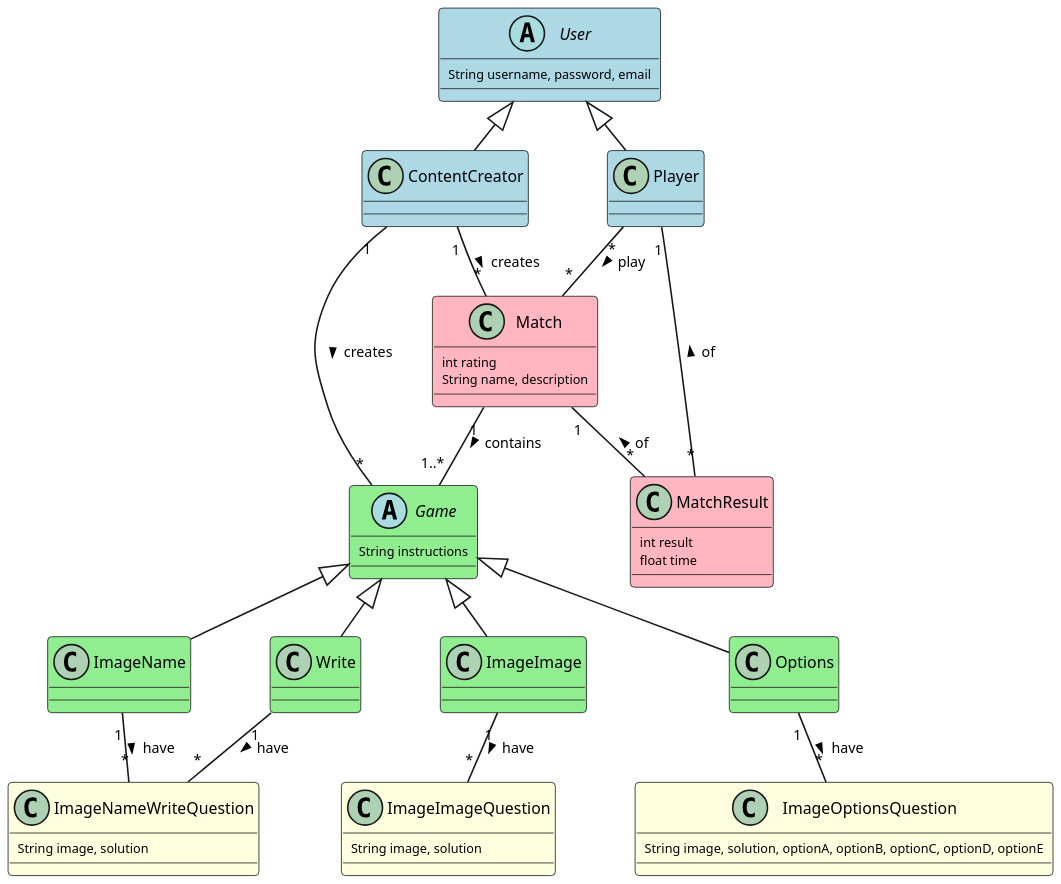
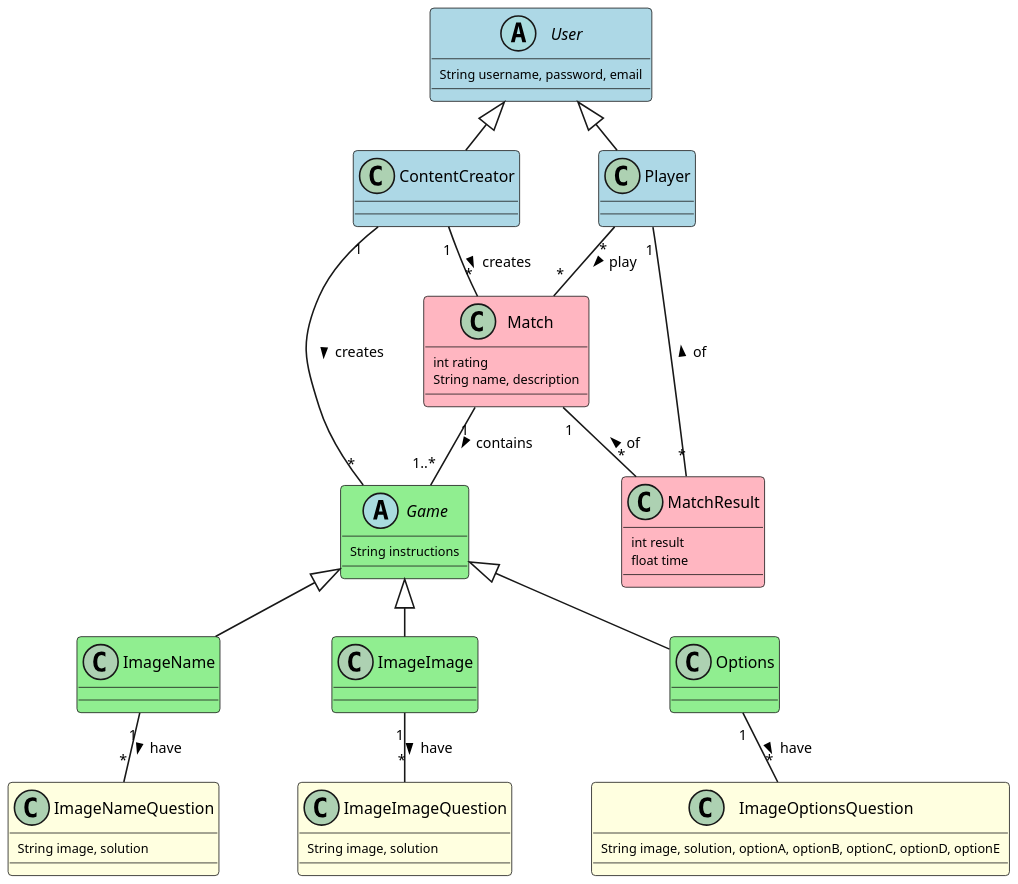
Before and after one commit to UdL-EPS-SoftArch/GeoLearning-API: the diagram in diagram.puml, drawn with PlantUML.

Commit message:
Updated diagram.puml deleted Write Entity. Refactor ImageNameWriteQuestion

```diff
--- a/diagram.puml
+++ b/diagram.puml
@@ -1,81 +1,77 @@
 @startuml
 skinparam dpi 200
 skinparam classAttributeFontSize 8
 skinparam classArrowFontSize 9
 skinparam classFontSize 10
 skinparam nodesep 50
 skinparam ranksep 30
 hide stereotype
 skinparam class {
     BackgroundColor White
     BackgroundColor<<User>> LightBlue
     BackgroundColor<<Game>> LightGreen
     BackgroundColor<<Match>> LightPink
     BackgroundColor<<MatchResult>> LightPink
     BackgroundColor<<Options>> LightYellow
 }
 
 
 abstract class User <<User>> {
     String username, password, email
 }
 
 class ContentCreator <<User>> extends User {
 }
 
 class Player <<User>> extends User {
 }
 
 abstract class Game <<Game>> {
     String instructions
 }
 
 class ImageName <<Game>> extends Game {
 }
 
-class Write <<Game>> extends Game {
-}
-
 class ImageImage <<Game>> extends Game {
 }
 
 class Options <<Game>> extends Game {
 }
 
 class ImageImageQuestion <<Options>>{
     String image, solution
 }
 
-class ImageNameWriteQuestion <<Options>>{
+class ImageNameQuestion <<Options>>{
     String image, solution
 }
 
 class ImageOptionsQuestion <<Options>>{
     String image, solution, optionA, optionB, optionC, optionD, optionE
 }
 
 class Match <<Match>> {
     int rating
     String name, description
 }
 
 class MatchResult <<MatchResult>> {
     int result
     float time
 }
 
 ContentCreator "1" -- "*" Match:creates >
 ContentCreator "1" -- "*" Game:creates >
 
 Player "*" -- "*" Match:play >
 Player "1" -- "*" MatchResult:of <
 
 Match "1" -- "*" MatchResult:of <
 Match "1" -- "1..*" Game:contains >
 
-Write "1" -- "*" ImageNameWriteQuestion:have >
-ImageName "1" -- "*" ImageNameWriteQuestion:have >
+ImageName "1" -- "*" ImageNameQuestion:have >
 ImageImage "1" -- "*" ImageImageQuestion:have >
 Options "1" -- "*" ImageOptionsQuestion:have >
 
 @enduml
```
